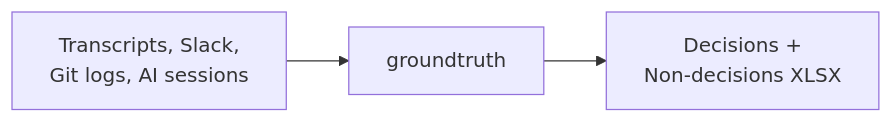
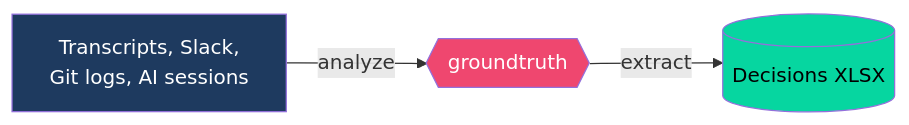
Before and after one commit to rsnodgrass/groundtruth: the diagram in README.md, drawn with Mermaid. The commit also changed other lines of this file, not shown here.

Commit message:
Enhance Mermaid diagram with colors and distinct shapes

````diff
--- a/README.md
+++ b/README.md
@@ -38,4 +38,7 @@
 ```mermaid
 flowchart LR
-    A["Transcripts, Slack,<br>Git logs, AI sessions"] --> B["groundtruth"] --> C["Decisions +<br>Non-decisions XLSX"]
+    A["Transcripts, Slack,<br>Git logs, AI sessions"] -->|analyze| B{{"groundtruth"}} -->|extract| C[("Decisions XLSX")]
+    style A fill:#1e3a5f,color:#fff
+    style B fill:#ef476f,color:#fff
+    style C fill:#06d6a0,color:#000
 ```
````
